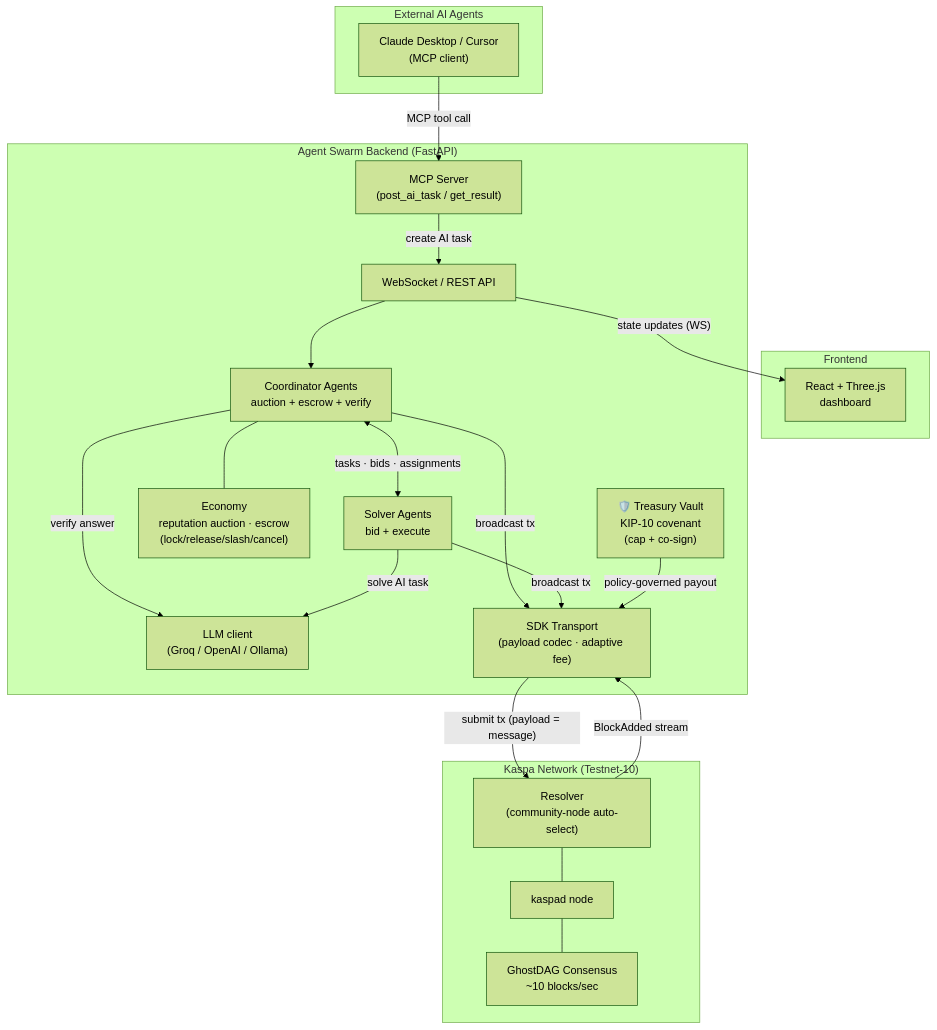
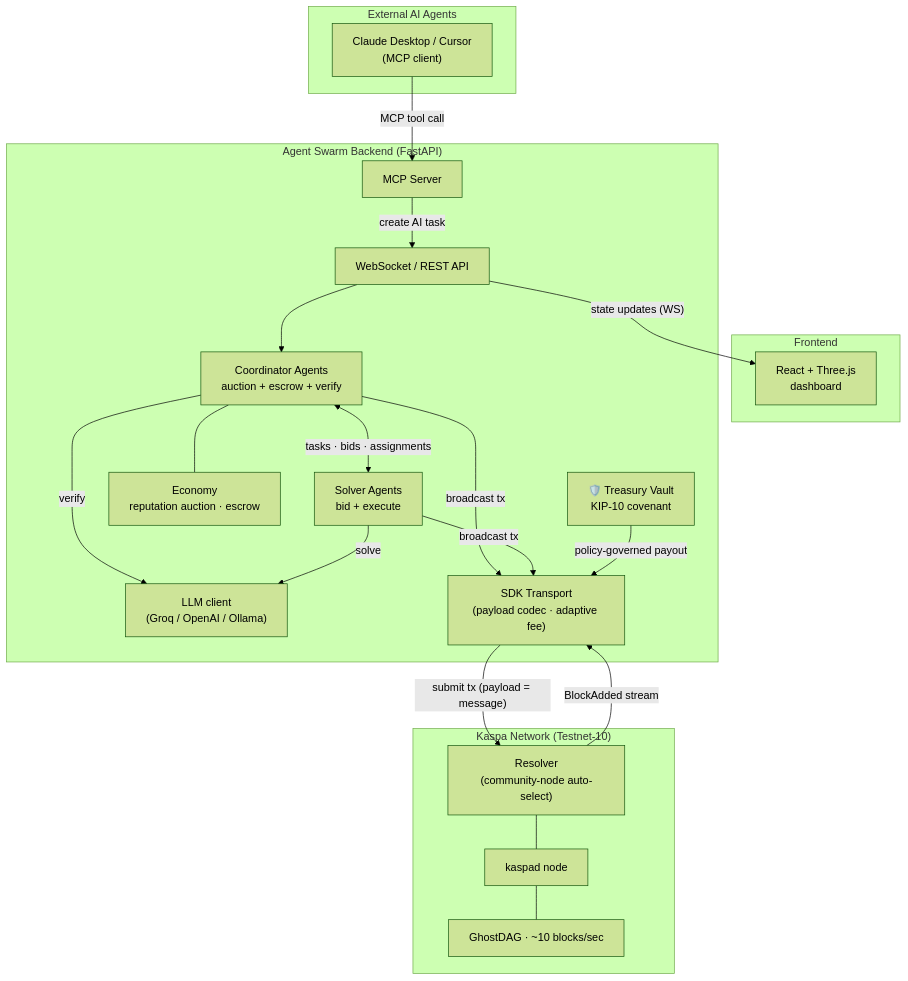
Before and after one commit to Nihal-Pandey-2302/kaspaswarm: the first of 2 diagrams in README.md, drawn with Mermaid (forest theme). The commit also changed other lines of this file and 8 other files, not shown here.

````diff
--- a/README.md
+++ b/README.md
@@ -87,43 +69,40 @@
 ```mermaid
 graph TD
     subgraph EXT["External AI Agents"]
         MCP["Claude Desktop / Cursor<br/>(MCP client)"]
     end
-
     subgraph FE["Frontend"]
         React["React + Three.js<br/>dashboard"]
     end
-
     subgraph BE["Agent Swarm Backend (FastAPI)"]
-        MCPSrv["MCP Server<br/>(post_ai_task / get_result)"]
+        MCPSrv["MCP Server"]
         API["WebSocket / REST API"]
         Coord["Coordinator Agents<br/>auction + escrow + verify"]
         Solver["Solver Agents<br/>bid + execute"]
-        Econ["Economy<br/>reputation auction · escrow<br/>(lock/release/slash/cancel)"]
-        Vault["🛡️ Treasury Vault<br/>KIP-10 covenant<br/>(cap + co-sign)"]
+        Econ["Economy<br/>reputation auction · escrow"]
+        Vault["🛡️ Treasury Vault<br/>KIP-10 covenant"]
         LLM["LLM client<br/>(Groq / OpenAI / Ollama)"]
         TX["SDK Transport<br/>(payload codec · adaptive fee)"]
 
         MCPSrv --"create AI task"--> API
         API --> Coord
         Coord <--"tasks · bids · assignments"--> Solver
         Coord --- Econ
-        Coord --"verify answer"--> LLM
-        Solver --"solve AI task"--> LLM
+        Coord --"verify"--> LLM
+        Solver --"solve"--> LLM
         Coord --"broadcast tx"--> TX
         Solver --"broadcast tx"--> TX
         Vault --"policy-governed payout"--> TX
     end
-
     subgraph KAS["Kaspa Network (Testnet-10)"]
         Resolver["Resolver<br/>(community-node auto-select)"]
         Node["kaspad node"]
-        Consensus["GhostDAG Consensus<br/>~10 blocks/sec"]
+        Consensus["GhostDAG · ~10 blocks/sec"]
         Resolver --- Node --- Consensus
     end
 
     MCP --"MCP tool call"--> MCPSrv
     TX --"submit tx (payload = message)"--> Resolver
     Resolver --"BlockAdded stream"--> TX
     API --"state updates (WS)"--> React
 ```
````
